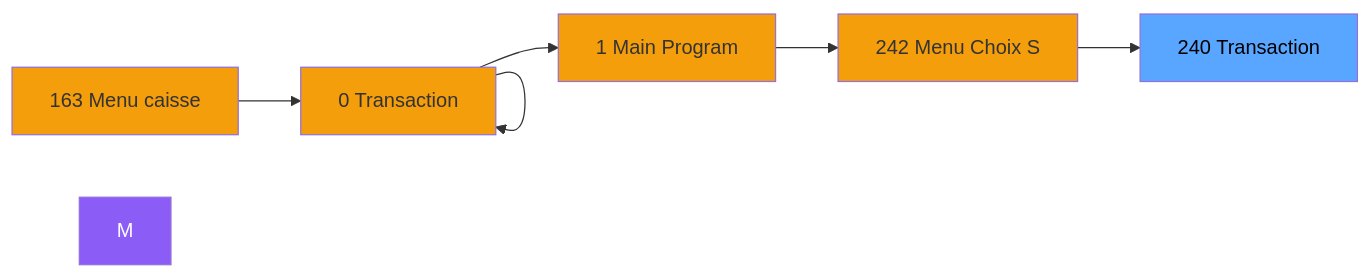
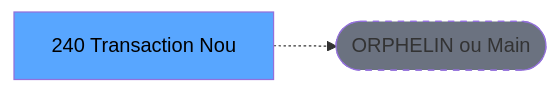
The second of 3 diagrams in .openspec/specs/ADH-IDE-240.md (thonyAGP/lecteur-magic), drawn with Mermaid before and after one commit. The commit also changed other lines of this file and 701 other files, not shown here.

````diff
--- a/.openspec/specs/ADH-IDE-240.md
+++ b/.openspec/specs/ADH-IDE-240.md
@@ -166,21 +148,8 @@
 ```mermaid
 graph LR
-    N163[163 Menu caisse ]
-    N0[0 Transaction ]
-    N0[0 Transaction ]
-    N1[1 Main Program]
-    N242[242 Menu Choix S]
-    T[240 Transaction ]
-    N163 --> N0
-    N0 --> N0
-    N0 --> N1
-    N1 --> N242
-    N242 --> T
-    style M fill:#8b5cf6,color:#fff
-    style N163 fill:#f59e0b
-    style N0 fill:#f59e0b
-    style N0 fill:#f59e0b
-    style N1 fill:#f59e0b
-    style N242 fill:#f59e0b
+    T[240 Transaction Nou]
+    ORPHAN([ORPHELIN ou Main])
+    T -.-> ORPHAN
     style T fill:#58a6ff,color:#000
+    style ORPHAN fill:#6b7280,stroke-dasharray: 5 5
 ```
````
